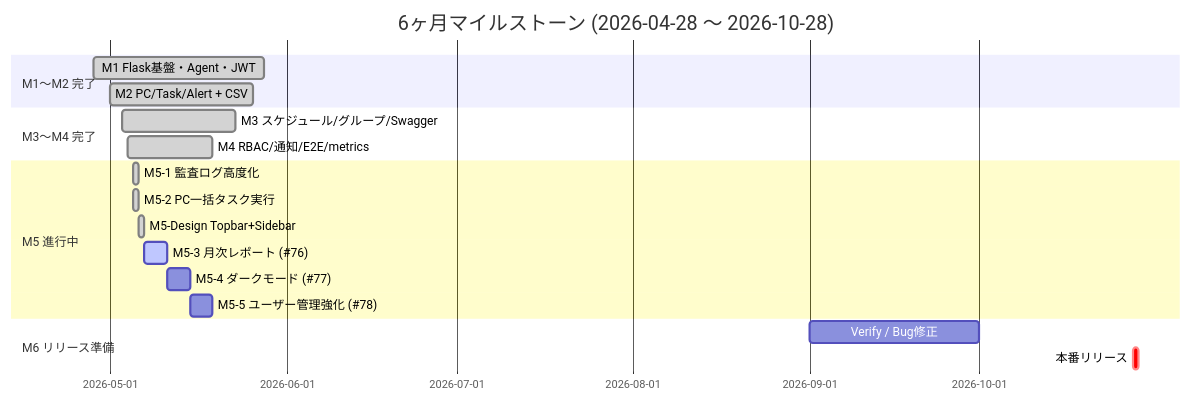
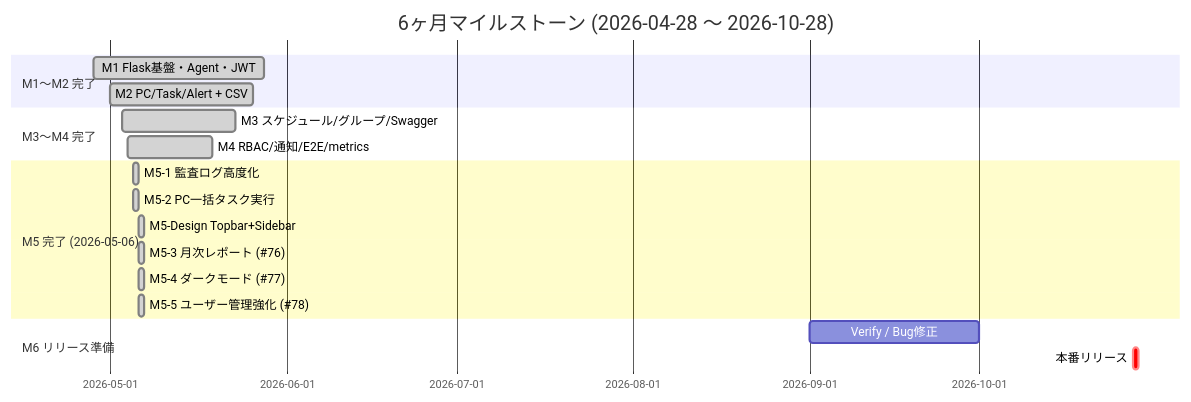
Before and after one commit to Kensan196948G/PC-Ops-Orchestrator: the seventh of 8 diagrams in README.md, drawn with Mermaid. The commit also changed other lines of this file and 1 other file, not shown here.

First line of the commit message:
docs(readme): M5 完了反映 — マイルストーン Gantt・テーブル・API 一覧更新

````diff
--- a/README.md
+++ b/README.md
@@ -465,21 +470,21 @@
 ```mermaid
 gantt
     title 6ヶ月マイルストーン (2026-04-28 〜 2026-10-28)
     dateFormat YYYY-MM-DD
     section M1〜M2 完了
     M1 Flask基盤・Agent・JWT      :done, m1, 2026-04-28, 30d
     M2 PC/Task/Alert + CSV       :done, m2, 2026-05-01, 25d
     section M3〜M4 完了
     M3 スケジュール/グループ/Swagger :done, m3, 2026-05-03, 20d
     M4 RBAC/通知/E2E/metrics      :done, m4, 2026-05-04, 15d
-    section M5 進行中
+    section M5 完了 (2026-05-06)
     M5-1 監査ログ高度化           :done, m51, 2026-05-05, 1d
     M5-2 PC一括タスク実行         :done, m52, 2026-05-05, 1d
     M5-Design Topbar+Sidebar     :done, m5d, 2026-05-06, 1d
-    M5-3 月次レポート (#76)       :active, m53, 2026-05-07, 4d
-    M5-4 ダークモード (#77)       :m54, after m53, 4d
-    M5-5 ユーザー管理強化 (#78)   :m55, after m54, 4d
+    M5-3 月次レポート (#76)       :done, m53, 2026-05-06, 1d
+    M5-4 ダークモード (#77)       :done, m54, 2026-05-06, 1d
+    M5-5 ユーザー管理強化 (#78)   :done, m55, 2026-05-06, 1d
     section M6 リリース準備
     Verify / Bug修正              :m6v, 2026-09-01, 30d
     本番リリース                  :crit, m6r, 2026-10-28, 1d
 ```
````
